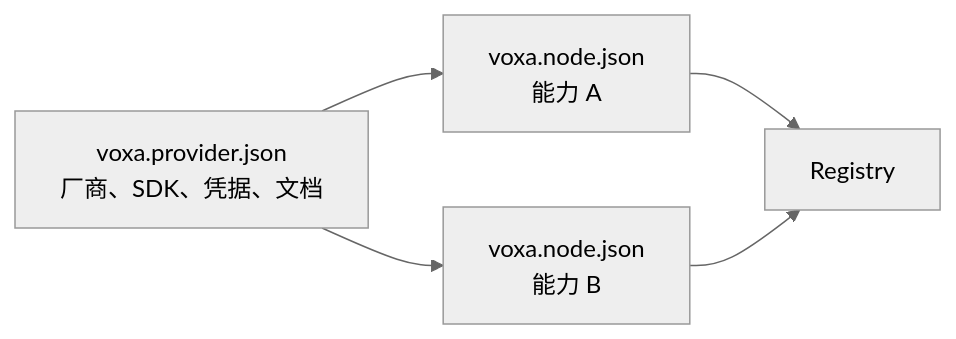
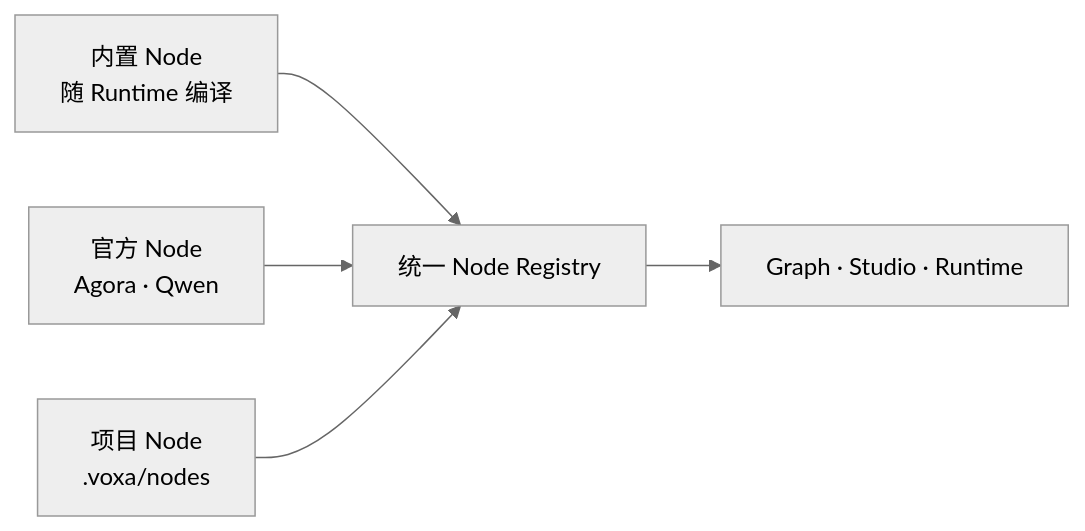
Before and after one commit to PiyotaHu/Voxa: the diagram in docs/site/zh/provider-architecture.md, drawn with Mermaid (neutral theme). The commit also changed other lines of this file and 105 other files, not shown here.

Commit message:
refactor voice runtime around unified nodes

````diff
--- a/docs/site/zh/provider-architecture.md
+++ b/docs/site/zh/provider-architecture.md
@@ -8,7 +7,7 @@
 ```mermaid
 flowchart LR
-    P["voxa.provider.json<br/>厂商、SDK、凭据、文档"] --> N1["voxa.node.json<br/>能力 A"]
-    P --> N2["voxa.node.json<br/>能力 B"]
-    N1 --> R["Registry"]
-    N2 --> R
+  B["内置 Node<br/>随 Runtime 编译"] --> R["统一 Node Registry"]
+  O["官方 Node<br/>Agora · Qwen"] --> R
+  P["项目 Node<br/>.voxa/nodes"] --> R
+  R --> G["Graph · Studio · Runtime"]
 ```
````
